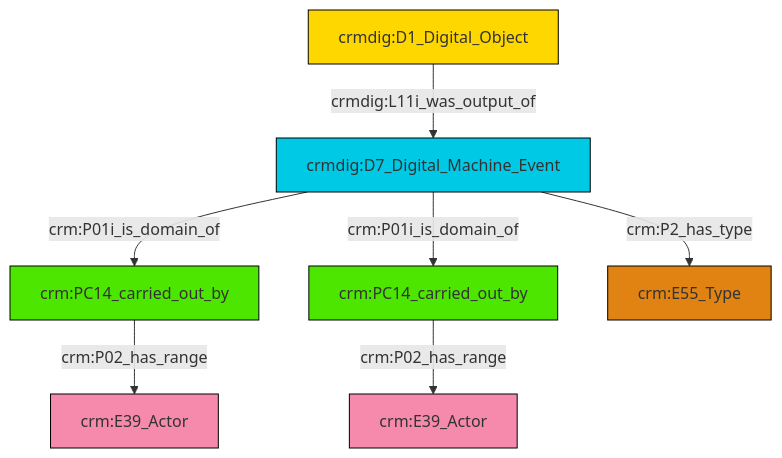
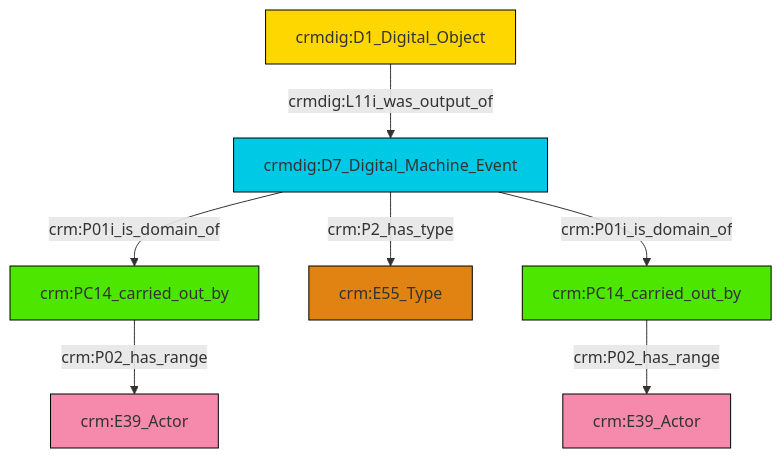
Before and after one commit to swiss-art-research-net/reference-data-models: the diagram in et/doCSV/ttl/mmd/do_actor_relations.ttl.mmd, drawn with Mermaid. The commit also changed 158 other files, not shown here.

```diff
--- a/et/doCSV/ttl/mmd/do_actor_relations.ttl.mmd
+++ b/et/doCSV/ttl/mmd/do_actor_relations.ttl.mmd
@@ -1,21 +1,21 @@
 graph TD
 classDef Literal fill:#f2f2f2,stroke:#000000;
 classDef CRM_Entity fill:#FFFFFF,stroke:#000000;
 classDef Temporal_Entity fill:#00C9E6, stroke:#000000;
 classDef Type fill:#E18312, stroke:#000000;
 classDef Time-Span fill:#2C9C91, stroke:#000000;
 classDef Appellation fill:#FFEB7F, stroke:#000000;
 classDef Place fill:#008836, stroke:#000000;
 classDef Persistent_Item fill:#B266B2, stroke:#000000;
 classDef Conceptual_Object fill:#FFD700, stroke:#000000;
 classDef Physical_Thing fill:#D2B48C, stroke:#000000;
 classDef Actor fill:#f58aad, stroke:#000000;
 classDef PC_Classes fill:#4ce600, stroke:#000000;
 classDef Multi fill:#cccccc,stroke:#000000;
 
-0["crmdig:D1_Digital_Object"]:::Conceptual_Object -->|crmdig:L11i_was_output_of| 1["crmdig:D7_Digital_Machine_Event"]:::Temporal_Entity
-3["crm:PC14_carried_out_by"]:::PC_Classes -->|crm:P02_has_range| 4["crm:E39_Actor"]:::Actor
-1["crmdig:D7_Digital_Machine_Event"]:::Temporal_Entity -->|crm:P01i_is_domain_of| 5["crm:PC14_carried_out_by"]:::PC_Classes
-1["crmdig:D7_Digital_Machine_Event"]:::Temporal_Entity -->|crm:P01i_is_domain_of| 3["crm:PC14_carried_out_by"]:::PC_Classes
-5["crm:PC14_carried_out_by"]:::PC_Classes -->|crm:P02_has_range| 7["crm:E39_Actor"]:::Actor
-1["crmdig:D7_Digital_Machine_Event"]:::Temporal_Entity -->|crm:P2_has_type| 11["crm:E55_Type"]:::Type
+2["crmdig:D7_Digital_Machine_Event"]:::Temporal_Entity -->|crm:P01i_is_domain_of| 3["crm:PC14_carried_out_by"]:::PC_Classes
+0["crmdig:D1_Digital_Object"]:::Conceptual_Object -->|crmdig:L11i_was_output_of| 2["crmdig:D7_Digital_Machine_Event"]:::Temporal_Entity
+2["crmdig:D7_Digital_Machine_Event"]:::Temporal_Entity -->|crm:P2_has_type| 4["crm:E55_Type"]:::Type
+3["crm:PC14_carried_out_by"]:::PC_Classes -->|crm:P02_has_range| 6["crm:E39_Actor"]:::Actor
+2["crmdig:D7_Digital_Machine_Event"]:::Temporal_Entity -->|crm:P01i_is_domain_of| 9["crm:PC14_carried_out_by"]:::PC_Classes
+9["crm:PC14_carried_out_by"]:::PC_Classes -->|crm:P02_has_range| 13["crm:E39_Actor"]:::Actor
```
